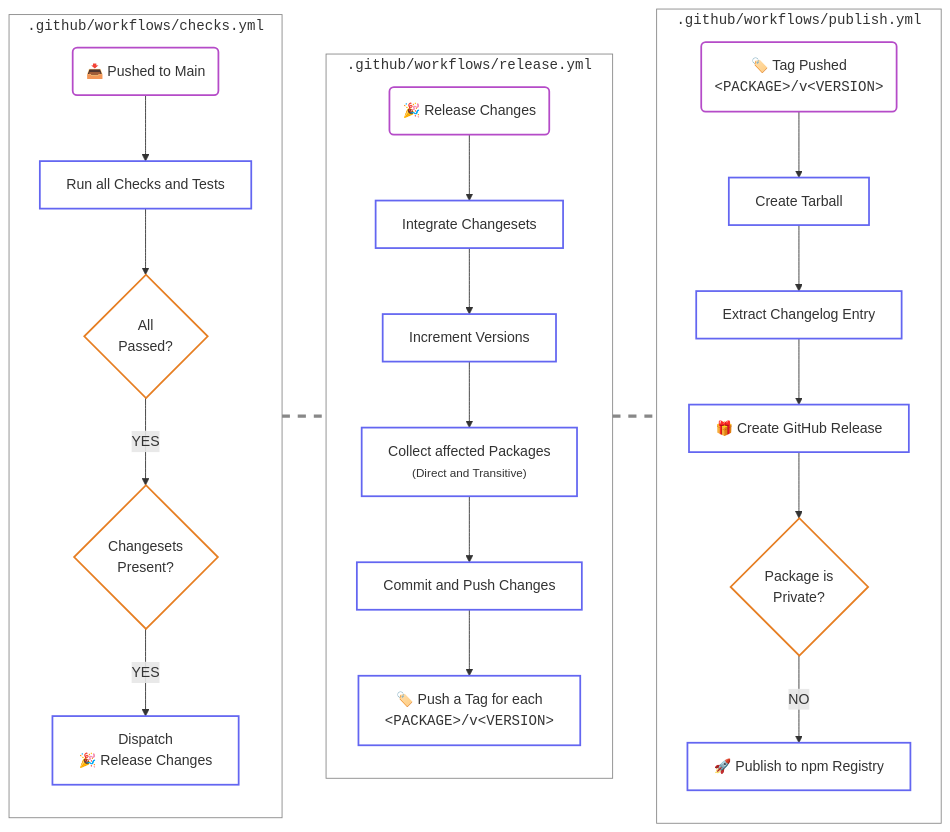
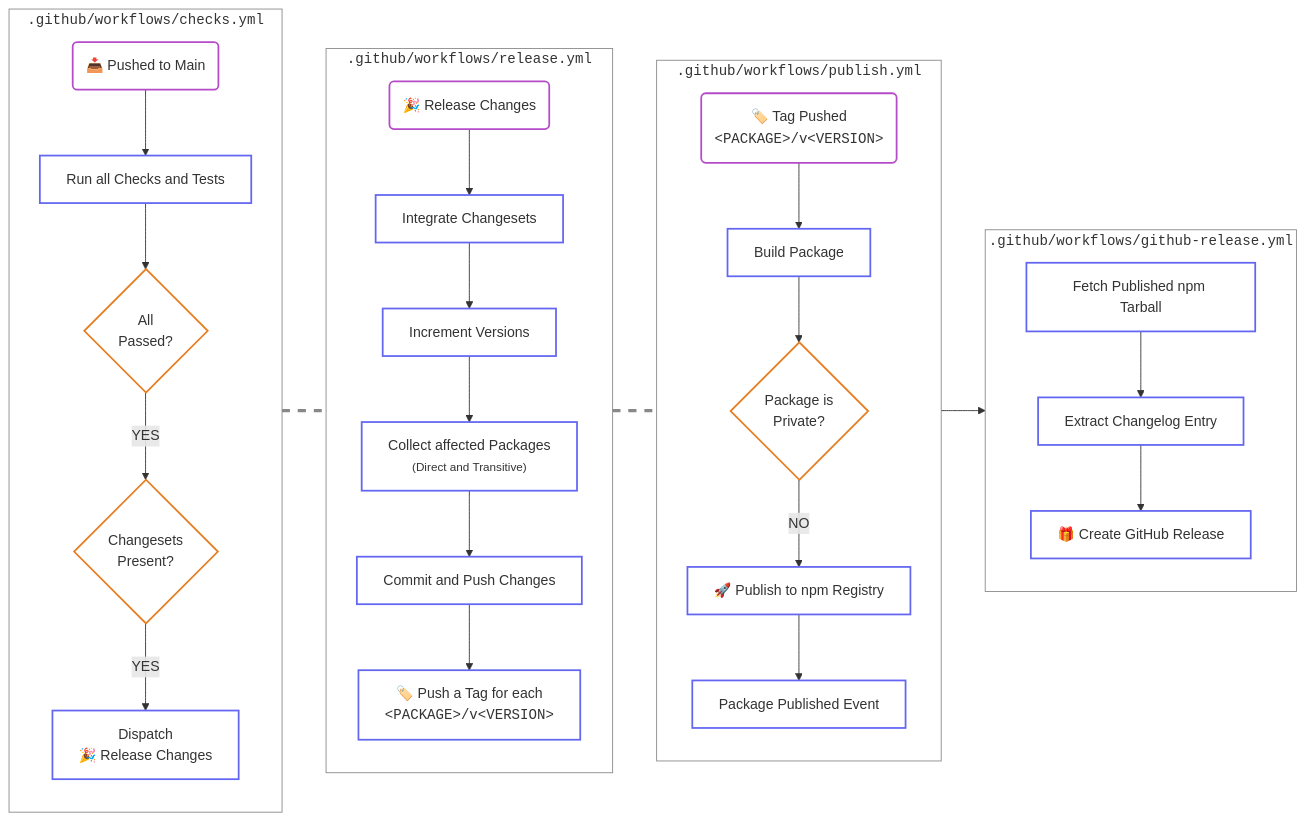
Before and after one commit to simbo/packages: the diagram in README.md, drawn with Mermaid. The commit also changed other lines of this file and 17 other files, not shown here.

````diff
--- a/README.md
+++ b/README.md
@@ -151,67 +152,76 @@
 ```mermaid
 flowchart LR
 
   subgraph ChecksWorkflow["<code>.github/workflows/checks.yml</code>"]
     PushToMain@{ shape: rounded, label: "📥 Pushed to Main" }
     Checks["Run all Checks and Tests"]
     ChecksPassed{"All<br>Passed?"}
     Changesets{"Changesets<br>Present?"}
     ReleaseEventDispatch["Dispatch<br>🎉 Release Changes"]
 
     direction TB
     PushToMain --> Checks
     Checks --> ChecksPassed
     ChecksPassed --"YES"--> Changesets
     Changesets --"YES"--> ReleaseEventDispatch
   end
 
   subgraph ReleaseWorkflow["<code>.github/workflows/release.yml</code>"]
     ReleaseEvent@{ shape: rounded, label: "🎉 Release Changes" }
     IntegrateChangesets["Integrate Changesets"]
     IncrementVersions["Increment Versions"]
     CollectPackages["Collect affected Packages<br><small>(Direct and Transitive)</small>"]
     CommitAndPushChanges["Commit and Push Changes"]
     PushReleaseTags["🏷️ Push a Tag for each<br><code>&lt;PACKAGE&gt;/v&lt;VERSION&gt;</code>"]
 
     direction TB
     ReleaseEvent --> IntegrateChangesets
     IntegrateChangesets --> IncrementVersions
     IncrementVersions --> CollectPackages
     CollectPackages --> CommitAndPushChanges
     CommitAndPushChanges --> PushReleaseTags
   end
 
   subgraph PublishWorkflow["<code>.github/workflows/publish.yml</code>"]
     TagEvent@{ shape: rounded, label: "🏷️ Tag Pushed<br><code>&lt;PACKAGE&gt;/v&lt;VERSION&gt;</code>" }
-    CreateTarball["Create Tarball"]
+    BuildPackage["Build Package"]
+    IsPrivate{"Package is<br>Private?"}
+    PublishToNpm["🚀 Publish to npm Registry"]
+    PackagePublished["Package Published Event"]
+
+    direction TB
+    TagEvent --> BuildPackage
+    BuildPackage --> IsPrivate
+    IsPrivate --"NO"--> PublishToNpm
+    PublishToNpm --> PackagePublished
+  end
+
+  subgraph GitHubReleaseWorkflow["<code>.github/workflows/github-release.yml</code>"]
+    FetchTarball["Fetch Published npm Tarball"]
     ExtractChangelogEntry["Extract Changelog Entry"]
     CreateRelease["🎁 Create GitHub Release"]
-    IsPrivate{"Package is<br>Private?"}
-    PublishToNpm[🚀 Publish to npm Registry]
 
     direction TB
-    TagEvent --> CreateTarball
-    CreateTarball --> ExtractChangelogEntry
+    FetchTarball --> ExtractChangelogEntry
     ExtractChangelogEntry --> CreateRelease
-    CreateRelease --> IsPrivate
-    IsPrivate --"NO"--> PublishToNpm
   end
+  PackagePublished --> FetchTarball
 
   ChecksWorkflow Link1@=== ReleaseWorkflow
   ReleaseWorkflow Link2@=== PublishWorkflow
 
   classDef animateLink stroke: #888888,stroke-dasharray:9,5,stroke-dashoffset:900, animation: dash 25s linear infinite;
   class Link1,Link2 animateLink
 
   classDef workflow stroke:#888888,fill:transparent;
-  class ChecksWorkflow,ReleaseWorkflow,PublishWorkflow workflow
+  class ChecksWorkflow,ReleaseWorkflow,PublishWorkflow,GitHubReleaseWorkflow workflow
 
   classDef event stroke:#B54BC8,stroke-width:2px,fill:transparent;
   class PushToMain,TagEvent,ReleaseEvent event
 
   classDef step stroke:#6366F1,stroke-width:2px,fill:transparent;
-  class Checks,ReleaseEventDispatch,IntegrateChangesets,IncrementVersions,CollectPackages,CommitAndPushChanges,PushReleaseTags,CreateTarball,ExtractChangelogEntry,CreateRelease,PublishToNpm step
+  class Checks,ReleaseEventDispatch,IntegrateChangesets,IncrementVersions,CollectPackages,CommitAndPushChanges,PushReleaseTags,BuildPackage,FetchTarball,PackagePublished,ExtractChangelogEntry,CreateRelease,PublishToNpm step
 
   classDef gate stroke:#E67E22,stroke-width:2px,fill:transparent
   class IsPrivate,ChecksPassed,Changesets gate
 ```
````
